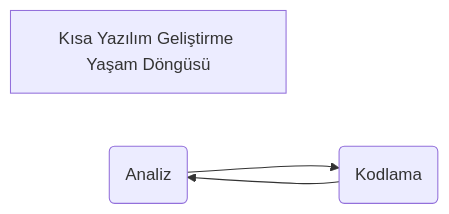
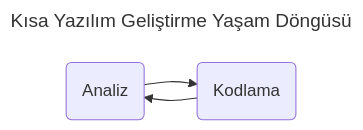
Before and after one commit to ati-ozgur/kurs-programlama-temeller: the diagram in diagramlar/analiz-kodlama.mmd, drawn with Mermaid.

Commit message:
title change

````diff
--- a/diagramlar/analiz-kodlama.mmd
+++ b/diagramlar/analiz-kodlama.mmd
@@ -1,6 +1,8 @@
 ```{mermaid}
+---
+title: [Kısa Yazılım Geliştirme Yaşam Döngüsü]
+---
 flowchart LR
-    title[Kısa Yazılım Geliştirme Yaşam Döngüsü]    
     Y(Analiz) --> C(Kodlama)
     C --> Y
  ```
````
